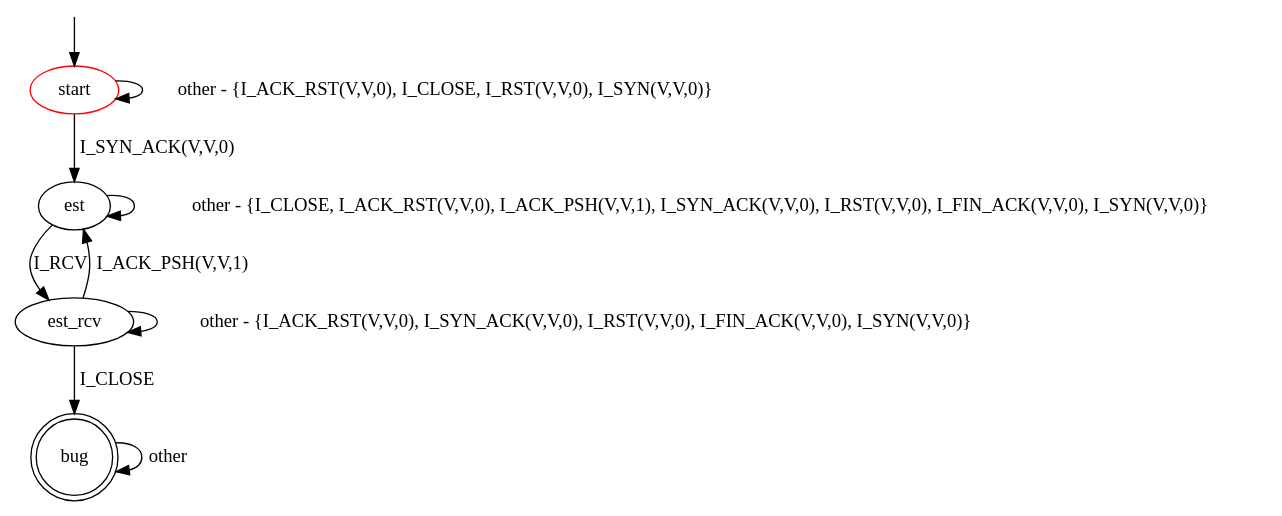
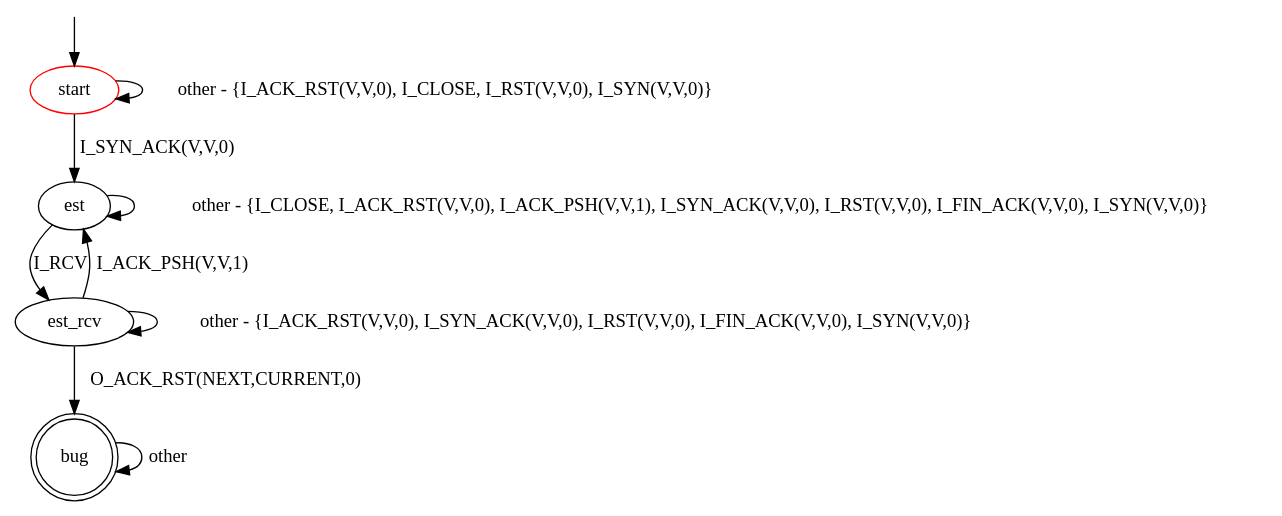
One commit to assist-project/state-machine-bug-finder changed the diagram in src/main/resources/patterns/tcp/Unexpected_RST.dot. Above: the diagram before and after it, drawn with Graphviz. The commit also changed 5 other files, not shown here.

```diff
--- a/src/main/resources/patterns/tcp/Unexpected_RST.dot
+++ b/src/main/resources/patterns/tcp/Unexpected_RST.dot
@@ -1,19 +1,19 @@
 digraph G {
 label=""
 start [color="red"]
 bug [shape="doublecircle"]
 
 start -> start [label="other - {I_ACK_RST(V,V,0), I_CLOSE, I_RST(V,V,0), I_SYN(V,V,0)}"]
 start -> est [label="I_SYN_ACK(V,V,0)"]
 est -> est_rcv [label="I_RCV"]
 est -> est [label="other - {I_CLOSE, I_ACK_RST(V,V,0), I_ACK_PSH(V,V,1), I_SYN_ACK(V,V,0), I_RST(V,V,0), I_FIN_ACK(V,V,0), I_SYN(V,V,0)}"]
 est_rcv -> est [label="I_ACK_PSH(V,V,1)"]
 est_rcv -> est_rcv [label="other - {I_ACK_RST(V,V,0), I_SYN_ACK(V,V,0), I_RST(V,V,0), I_FIN_ACK(V,V,0), I_SYN(V,V,0)}"]
-est_rcv -> bug [label="I_CLOSE"]
+est_rcv -> bug [label="O_ACK_RST(NEXT,CURRENT,0)"]
 
 
 bug -> bug [label="other"]
 
 __start0 [label="" shape="none" width="0" height="0"];
 __start0 -> start;
 }
```
